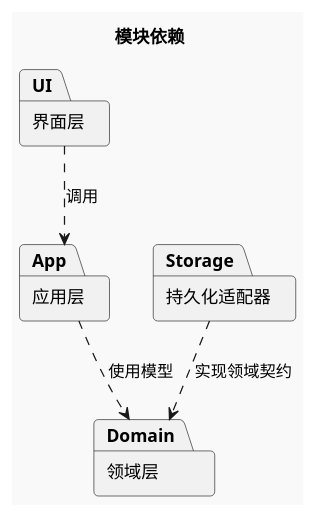
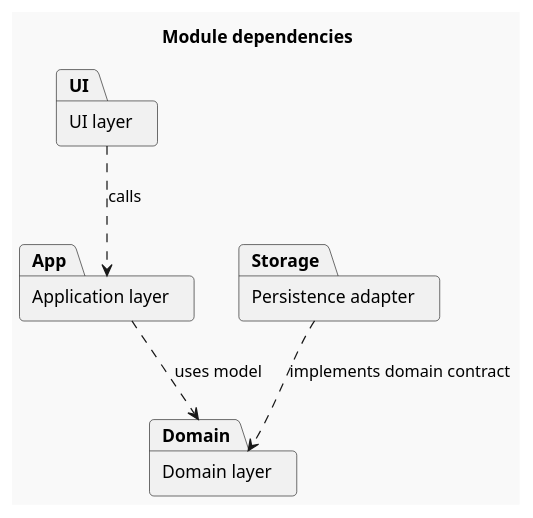
Before and after one commit to def-peter/fuxian: the third of 3 diagrams in skills/fuxian-diagram/references/plantuml/use-case-object-package.md, drawn with PlantUML. The commit also changed other lines of this file and 43 other files, not shown here.

Commit message:
feat(skills): internationalize diagram guides and expand type selection

````diff
--- a/skills/fuxian-diagram/references/plantuml/use-case-object-package.md
+++ b/skills/fuxian-diagram/references/plantuml/use-case-object-package.md
@@ -52,13 +52,13 @@
 ```plantuml
 @startuml
 !theme mars
-title 模块依赖
-package "界面层" as UI
-package "应用层" as App
-package "领域层" as Domain
-package "持久化适配器" as Storage
-UI ..> App : 调用
-App ..> Domain : 使用模型
-Storage ..> Domain : 实现领域契约
+title Module dependencies
+package "UI layer" as UI
+package "Application layer" as App
+package "Domain layer" as Domain
+package "Persistence adapter" as Storage
+UI ..> App : calls
+App ..> Domain : uses model
+Storage ..> Domain : implements domain contract
 @enduml
 ```
````
